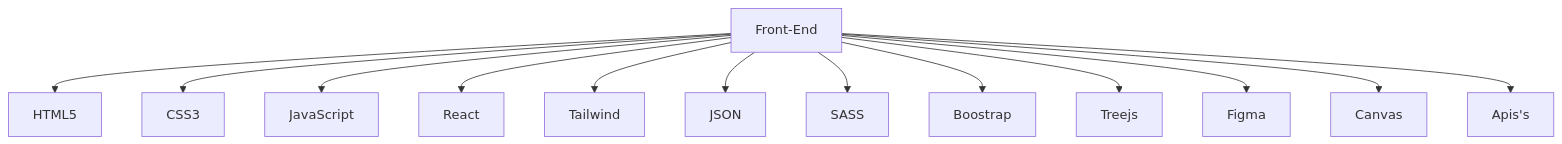
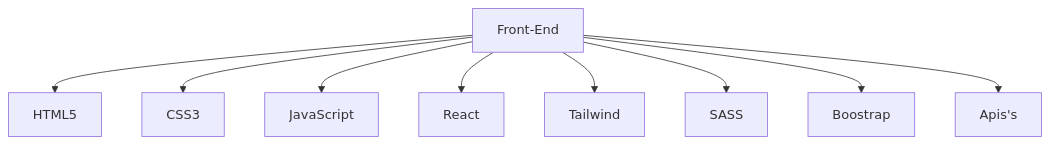
One commit to divfabss/divfabss changed the diagram in README.md. Above: the diagram before and after it, drawn with Mermaid.

````diff
--- a/README.md
+++ b/README.md
@@ -41,15 +41,11 @@
 ```mermaid
 graph TD;
     Front-End-->HTML5;
     Front-End-->CSS3;
     Front-End-->JavaScript;
     Front-End-->React;
     Front-End-->Tailwind;
-    Front-End-->JSON;
     Front-End-->SASS;
     Front-End-->Boostrap;
-    Front-End-->Treejs;
-    Front-End-->Figma;
-    Front-End-->Canvas;
     Front-End-->Apis's;
   ```
````
